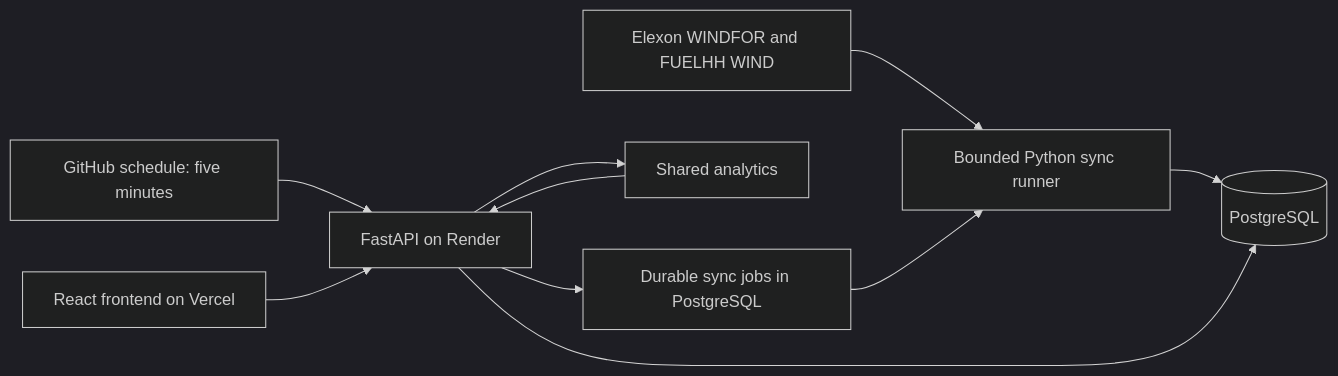
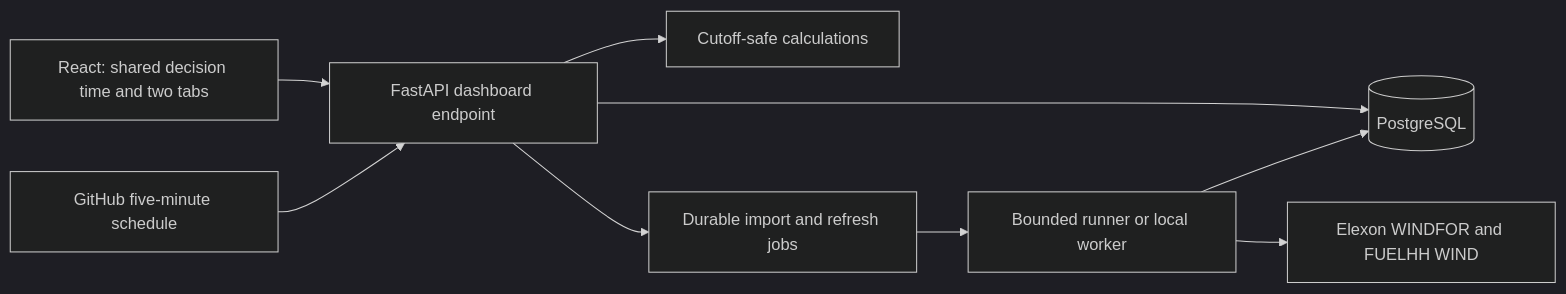
One commit to Sakshampoply/axzttscjdz changed the diagram in README.md. Above: the diagram before and after it, drawn with Mermaid (dark theme). The commit also changed other lines of this file and 23 other files, not shown here.

Commit message:
Simplify GridBricks to one decision time and two dark reports

````diff
--- a/README.md
+++ b/README.md
@@ -86,12 +96,11 @@
 ```mermaid
 flowchart LR
-    G[GitHub schedule: five minutes] --> API
-    E[Elexon WINDFOR and FUELHH WIND] --> W[Bounded Python sync runner]
-    W --> DB[(PostgreSQL)]
-    U[React frontend on Vercel] --> API[FastAPI on Render]
-    API --> DB
-    API --> A[Shared analytics]
-    A --> API
-    API --> Q[Durable sync jobs in PostgreSQL]
-    Q --> W
+    UI[React: shared decision time and two tabs] --> API[FastAPI dashboard endpoint]
+    API --> DB[(PostgreSQL)]
+    API --> A[Cutoff-safe calculations]
+    API --> Q[Durable import and refresh jobs]
+    G[GitHub five-minute schedule] --> API
+    Q --> W[Bounded runner or local worker]
+    W --> E[Elexon WINDFOR and FUELHH WIND]
+    W --> DB
 ```
````
